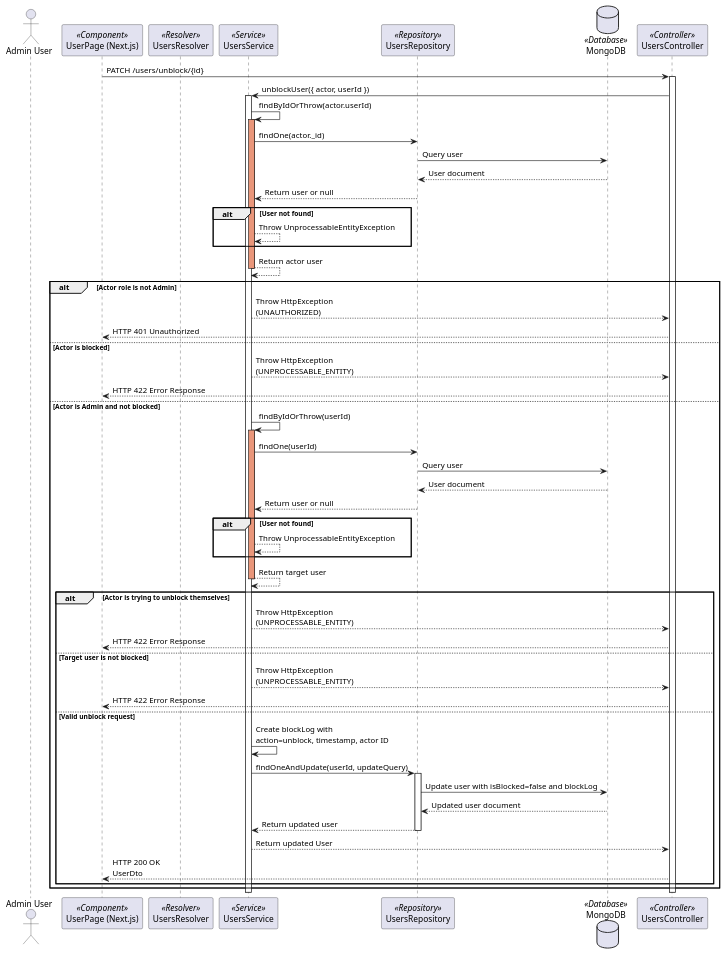
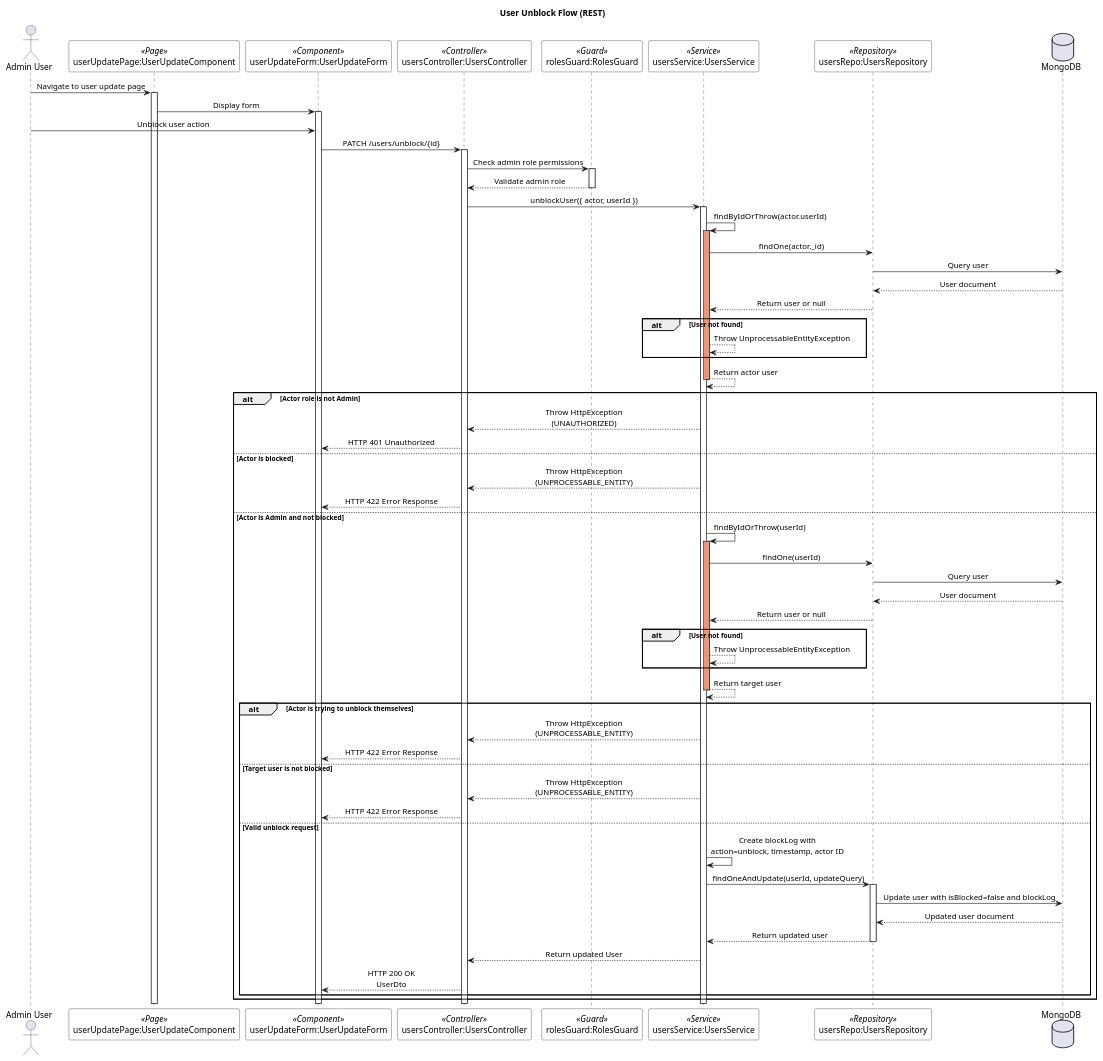
Before and after one commit to lehuygiang28/vphim: the diagram in documents/diagram/sequences/users/user-unblock-flow.puml, drawn with PlantUML. The commit also changed 7 other files, not shown here.

First line of the commit message:
refactor(diagrams/sequences/users): 🛠️ update user flow diagrams for clarity and consistency

```diff
--- a/documents/diagram/sequences/users/user-unblock-flow.puml
+++ b/documents/diagram/sequences/users/user-unblock-flow.puml
@@ -1,75 +1,99 @@
 @startuml User Unblock Flow
 
+skinparam SequenceMessageAlignment center
+skinparam SequenceBoxBackgroundColor white
+skinparam SequenceBoxBorderColor black
+skinparam NoteBackgroundColor lightyellow
+skinparam NoteBorderColor black
+skinparam ParticipantBackgroundColor white
+skinparam ParticipantBorderColor black
+
+title User Unblock Flow (REST)
+
 actor "Admin User" as adminUser
-participant "UserPage (Next.js)" as userPage <<Component>>
-participant "UsersResolver" as usersResolver <<Resolver>>
-participant "UsersService" as usersService <<Service>>
-participant "UsersRepository" as usersRepository <<Repository>>
-database "MongoDB" as mongoDB <<Database>>
-participant "UsersController" as usersController <<Controller>>
+participant "userUpdatePage:UserUpdateComponent" as userUpdatePage <<Page>>
+participant "userUpdateForm:UserUpdateForm" as userUpdateForm <<Component>>
+participant "usersController:UsersController" as usersController <<Controller>>
+participant "rolesGuard:RolesGuard" as rolesGuard <<Guard>>
+participant "usersService:UsersService" as usersService <<Service>>
+participant "usersRepo:UsersRepository" as usersRepo <<Repository>>
+database "MongoDB" as mongoDB
 
+adminUser -> userUpdatePage : Navigate to user update page
+activate userUpdatePage
 
+userUpdatePage -> userUpdateForm : Display form
+activate userUpdateForm
 
+adminUser -> userUpdateForm : Unblock user action
 
-userPage -> usersController: PATCH /users/unblock/{id}
+userUpdateForm -> usersController : PATCH /users/unblock/{id}
 activate usersController
 
-usersController -> usersService: unblockUser({ actor, userId })
+usersController -> rolesGuard : Check admin role permissions
+activate rolesGuard
+rolesGuard --> usersController : Validate admin role
+deactivate rolesGuard
+
+usersController -> usersService : unblockUser({ actor, userId })
 activate usersService
 
-usersService -> usersService: findByIdOrThrow(actor.userId)
+usersService -> usersService : findByIdOrThrow(actor.userId)
 activate usersService #DarkSalmon
-usersService -> usersRepository: findOne(actor._id)
-usersRepository -> mongoDB: Query user
-mongoDB --> usersRepository: User document
-usersRepository --> usersService: Return user or null
+usersService -> usersRepo : findOne(actor._id)
+usersRepo -> mongoDB : Query user
+mongoDB --> usersRepo : User document
+usersRepo --> usersService : Return user or null
 alt User not found
-    usersService --> usersService: Throw UnprocessableEntityException
+    usersService --> usersService : Throw UnprocessableEntityException
 end
-usersService --> usersService: Return actor user
+usersService --> usersService : Return actor user
 deactivate usersService
 
 alt Actor role is not Admin
-    usersService --> usersController: Throw HttpException\n(UNAUTHORIZED)
-    usersController --> userPage: HTTP 401 Unauthorized
+    usersService --> usersController : Throw HttpException\n(UNAUTHORIZED)
+    usersController --> userUpdateForm : HTTP 401 Unauthorized
 else Actor is blocked
-    usersService --> usersController: Throw HttpException\n(UNPROCESSABLE_ENTITY)
-    usersController --> userPage: HTTP 422 Error Response
+    usersService --> usersController : Throw HttpException\n(UNPROCESSABLE_ENTITY)
+    usersController --> userUpdateForm : HTTP 422 Error Response
 else Actor is Admin and not blocked
-    usersService -> usersService: findByIdOrThrow(userId)
+    usersService -> usersService : findByIdOrThrow(userId)
     activate usersService #DarkSalmon
-    usersService -> usersRepository: findOne(userId)
-    usersRepository -> mongoDB: Query user
-    mongoDB --> usersRepository: User document
-    usersRepository --> usersService: Return user or null
+    usersService -> usersRepo : findOne(userId)
+    usersRepo -> mongoDB : Query user
+    mongoDB --> usersRepo : User document
+    usersRepo --> usersService : Return user or null
     alt User not found
-        usersService --> usersService: Throw UnprocessableEntityException
+        usersService --> usersService : Throw UnprocessableEntityException
     end
-    usersService --> usersService: Return target user
+    usersService --> usersService : Return target user
     deactivate usersService
 
     alt Actor is trying to unblock themselves
-        usersService --> usersController: Throw HttpException\n(UNPROCESSABLE_ENTITY)
-        usersController --> userPage: HTTP 422 Error Response
+        usersService --> usersController : Throw HttpException\n(UNPROCESSABLE_ENTITY)
+        usersController --> userUpdateForm : HTTP 422 Error Response
     else Target user is not blocked
-        usersService --> usersController: Throw HttpException\n(UNPROCESSABLE_ENTITY)
-        usersController --> userPage: HTTP 422 Error Response
+        usersService --> usersController : Throw HttpException\n(UNPROCESSABLE_ENTITY)
+        usersController --> userUpdateForm : HTTP 422 Error Response
     else Valid unblock request
-        usersService -> usersService: Create blockLog with\naction=unblock, timestamp, actor ID
+        usersService -> usersService : Create blockLog with\naction=unblock, timestamp, actor ID
 
-        usersService -> usersRepository: findOneAndUpdate(userId, updateQuery)
-        activate usersRepository
-        usersRepository -> mongoDB: Update user with isBlocked=false and blockLog
-        mongoDB --> usersRepository: Updated user document
-        usersRepository --> usersService: Return updated user
-        deactivate usersRepository
+        usersService -> usersRepo : findOneAndUpdate(userId, updateQuery)
+        activate usersRepo
+        usersRepo -> mongoDB : Update user with isBlocked=false and blockLog
+        mongoDB --> usersRepo : Updated user document
+        usersRepo --> usersService : Return updated user
+        deactivate usersRepo
 
-        usersService --> usersController: Return updated User
-        usersController --> userPage: HTTP 200 OK\nUserDto
+        usersService --> usersController : Return updated User
+        usersController --> userUpdateForm : HTTP 200 OK\nUserDto
     end
 end
 
 deactivate usersService
 deactivate usersController
 
+deactivate userUpdateForm
+deactivate userUpdatePage
+
 @enduml
```
